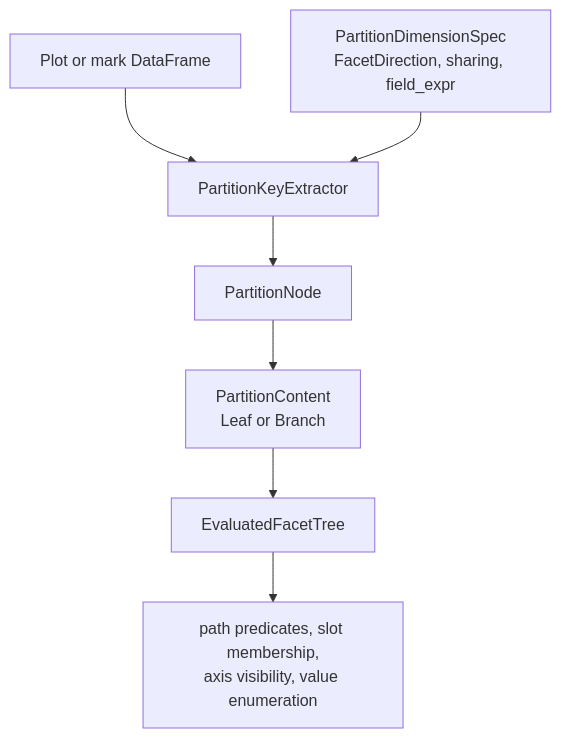
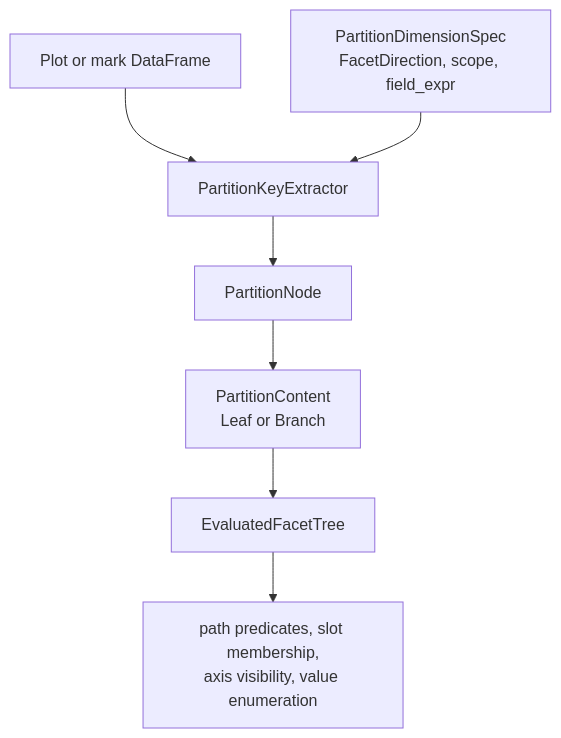
One commit to jonmmease/avenger changed the second of 2 diagrams in avenger-chart/docs/architecture/facet-system.md. Above: the diagram before and after it, drawn with Mermaid. The commit also changed other lines of this file and 13 other files, not shown here.

Commit message:
stage 12: update repeat architecture docs

````diff
--- a/avenger-chart/docs/architecture/facet-system.md
+++ b/avenger-chart/docs/architecture/facet-system.md
@@ -45,17 +45,17 @@
 ```mermaid
 flowchart TD
     Data["Plot or mark DataFrame"]
-    Dimensions["PartitionDimensionSpec\nFacetDirection, sharing, field_expr"]
+    Dimensions["PartitionDimensionSpec\nFacetDirection, scope, field_expr"]
     Extractor["PartitionKeyExtractor"]
     Root["PartitionNode"]
     Content["PartitionContent\nLeaf or Branch"]
     Tree["EvaluatedFacetTree"]
     Queries["path predicates, slot membership,\naxis visibility, value enumeration"]
 
     Data --> Extractor
     Dimensions --> Extractor
     Extractor --> Root
     Root --> Content
     Content --> Tree
     Tree --> Queries
 ```
````
